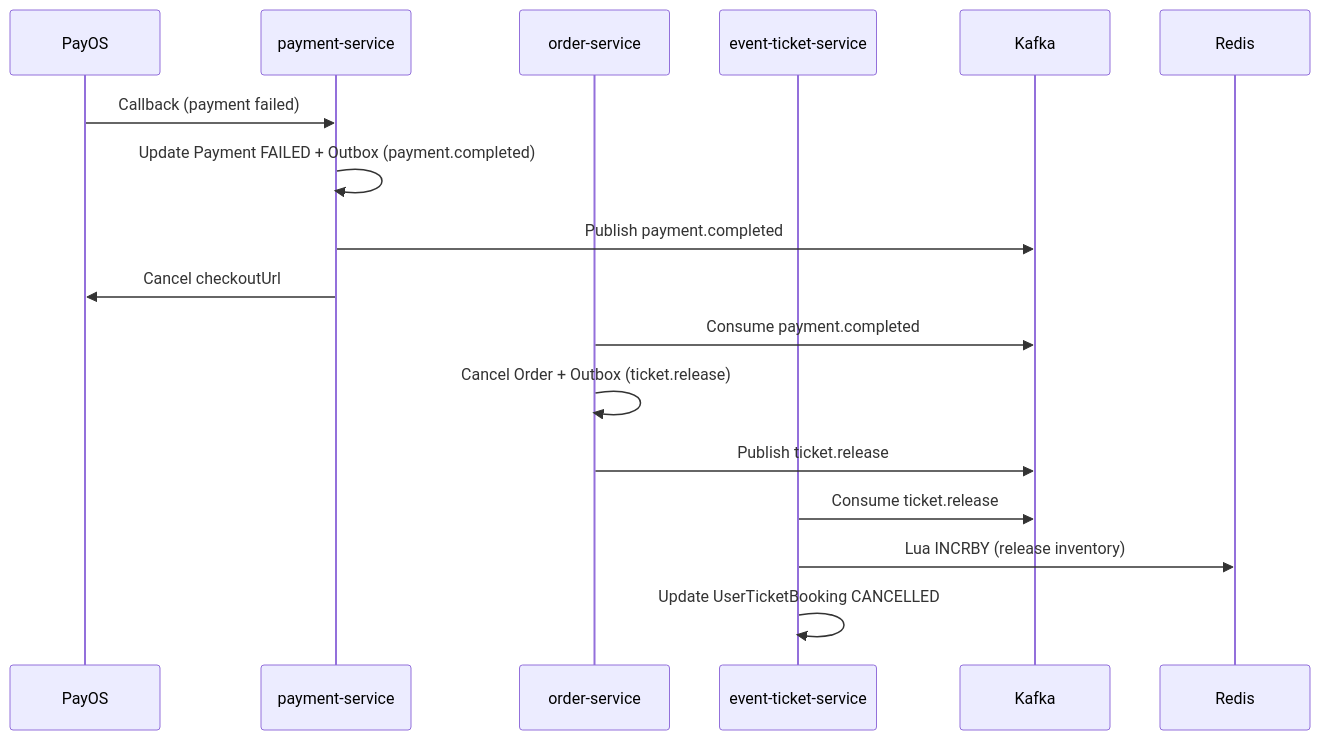
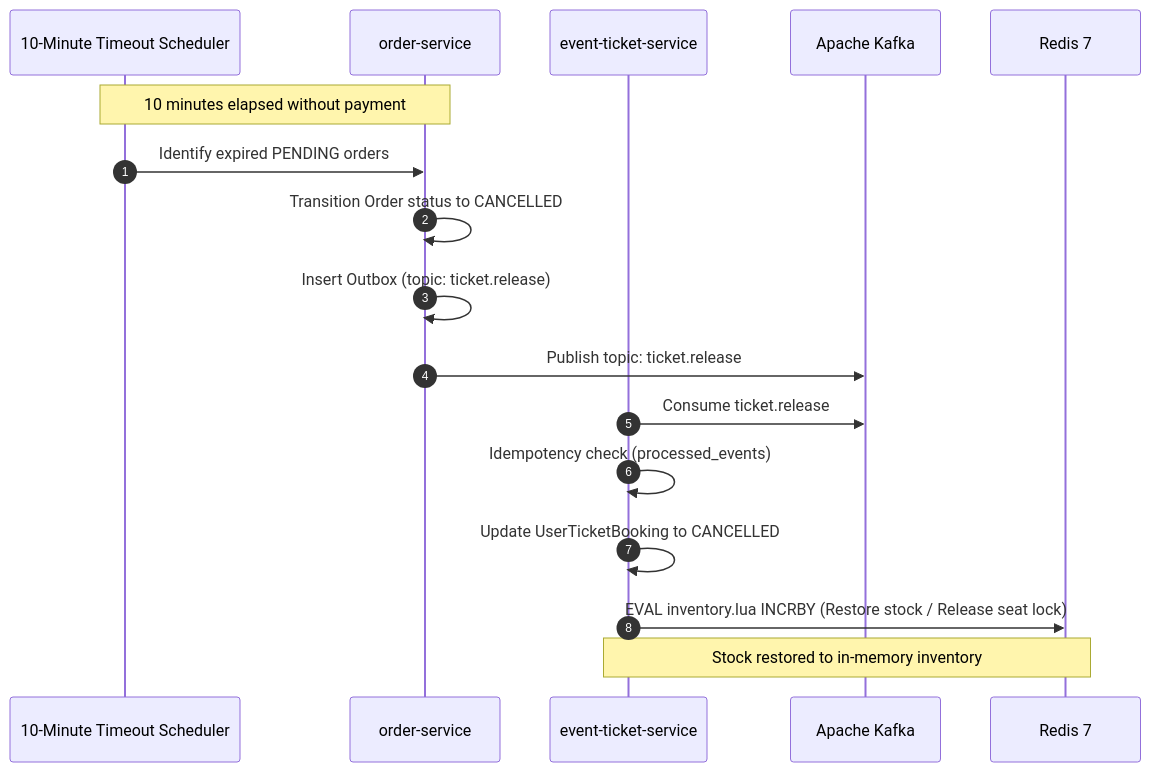
One commit to tcnguywn/event-ticket-booking changed the fourth of 5 diagrams in docs/analysis-and-design.md. Above: the diagram before and after it, drawn with Mermaid. The commit also changed other lines of this file and 2 other files, not shown here.

````diff
--- a/docs/analysis-and-design.md
+++ b/docs/analysis-and-design.md
@@ -224,22 +267,21 @@
 ```mermaid
 sequenceDiagram
-    participant PO as PayOS
-    participant PS as payment-service
+    autonumber
+    participant Scheduler as 10-Minute Timeout Scheduler
     participant OS as order-service
     participant ETS as event-ticket-service
-    participant K as Kafka
-    participant R as Redis
+    participant Kafka as Apache Kafka
+    participant Redis as Redis 7
 
-    PO->>PS: Callback (payment failed)
-    PS->>PS: Update Payment FAILED + Outbox (payment.completed)
-    PS->>K: Publish payment.completed
-    PS->>PO: Cancel checkoutUrl
+    Note over Scheduler,OS: 10 minutes elapsed without payment
+    Scheduler->>OS: Identify expired PENDING orders
+    OS->>OS: Transition Order status to CANCELLED
+    OS->>OS: Insert Outbox (topic: ticket.release)
+    OS->>Kafka: Publish topic: ticket.release
 
-    OS->>K: Consume payment.completed
-    OS->>OS: Cancel Order + Outbox (ticket.release)
-    OS->>K: Publish ticket.release
-
-    ETS->>K: Consume ticket.release
-    ETS->>R: Lua INCRBY (release inventory)
-    ETS->>ETS: Update UserTicketBooking CANCELLED
+    ETS->>Kafka: Consume ticket.release
+    ETS->>ETS: Idempotency check (processed_events)
+    ETS->>ETS: Update UserTicketBooking to CANCELLED
+    ETS->>Redis: EVAL inventory.lua INCRBY (Restore stock / Release seat lock)
+    Note over ETS,Redis: Stock restored to in-memory inventory
 ```
````
